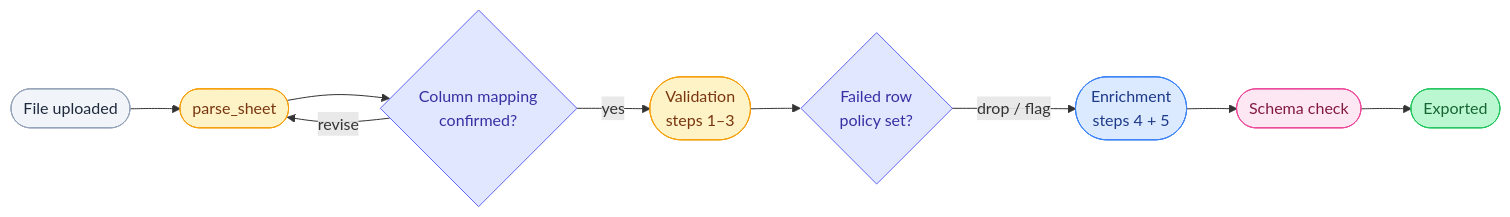
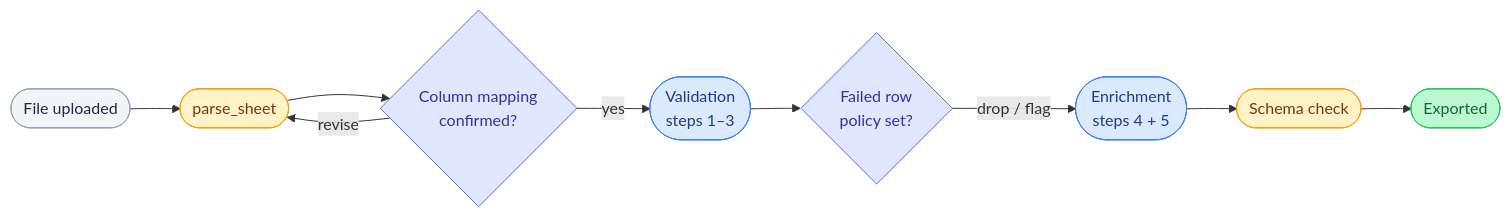
One commit to shaokiat/shaokiat-blog changed the seventh of 7 diagrams in docs/genai-agents/use_cases/data-validation-agent/index.md. Above: the diagram before and after it, drawn with Mermaid. The commit also changed other lines of this file, not shown here.

First line of the commit message:
revise diagrams and legend in data validation agent overview

````diff
--- a/docs/genai-agents/use_cases/data-validation-agent/index.md
+++ b/docs/genai-agents/use_cases/data-validation-agent/index.md
@@ -384,27 +384,27 @@
 ```mermaid
 flowchart LR
     A([File uploaded])
     B([parse_sheet])
     C{Column mapping\nconfirmed?}
     D([Validation\nsteps 1–3])
     E{Failed row\npolicy set?}
     F([Enrichment\nsteps 4 + 5])
     G([Schema check])
     H([Exported])
 
     A --> B --> C
     C -->|yes| D
     C -->|revise| B
     D --> E
     E -->|drop / flag| F
     F --> G --> H
 
     style A fill:#f1f5f9,stroke:#94a3b8,color:#1e293b
     style B fill:#fef3c7,stroke:#f59e0b,color:#78350f
     style C fill:#e0e7ff,stroke:#6366f1,color:#3730a3
-    style D fill:#fef3c7,stroke:#f59e0b,color:#78350f
+    style D fill:#dbeafe,stroke:#3b82f6,color:#1e3a8a
     style E fill:#e0e7ff,stroke:#6366f1,color:#3730a3
     style F fill:#dbeafe,stroke:#3b82f6,color:#1e3a8a
-    style G fill:#fce7f3,stroke:#ec4899,color:#831843
+    style G fill:#fef3c7,stroke:#f59e0b,color:#78350f
     style H fill:#bbf7d0,stroke:#22c55e,color:#166534
 ```
````
